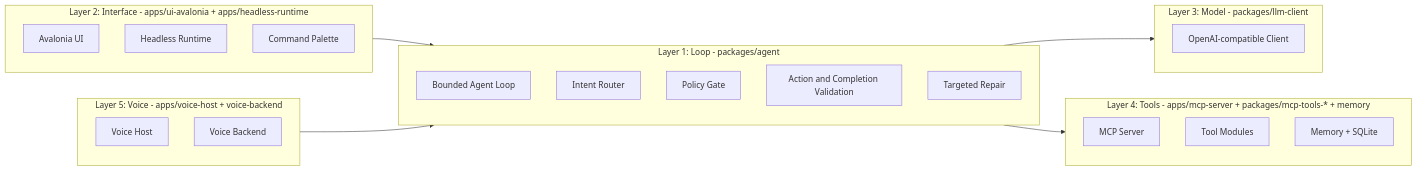
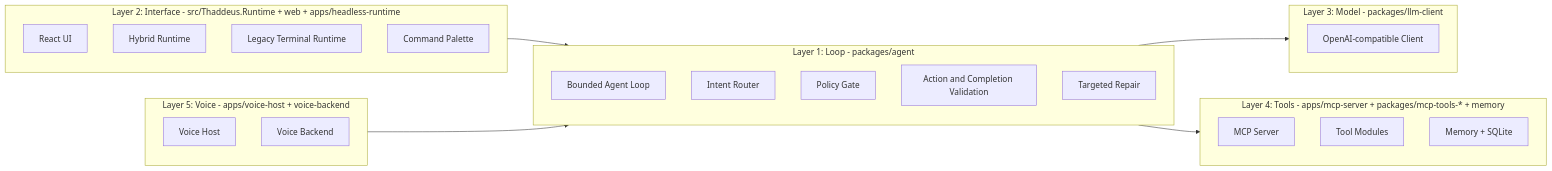
The diagram in docs/ARCHITECTURE.md (raydeStar/sir-thaddeus), drawn with Mermaid before and after one commit. The commit also changed 109 other files, not shown here.

````diff
--- a/docs/ARCHITECTURE.md
+++ b/docs/ARCHITECTURE.md
@@ -7,36 +7,37 @@
 ```mermaid
 flowchart LR
   subgraph loop [Layer 1: Loop - packages/agent]
     Loop[Bounded Agent Loop]
     Router[Intent Router]
     Gate[Policy Gate]
     Validate[Action and Completion Validation]
     Repair[Targeted Repair]
   end
 
-  subgraph frontend [Layer 2: Interface - apps/ui-avalonia + apps/headless-runtime]
-    Overlay[Avalonia UI]
-    Headless[Headless Runtime]
+  subgraph frontend [Layer 2: Interface - src/Thaddeus.Runtime + web + apps/headless-runtime]
+    Overlay[React UI]
+    Runtime[Hybrid Runtime]
+    Headless[Legacy Terminal Runtime]
     Palette[Command Palette]
   end
 
   subgraph model [Layer 3: Model - packages/llm-client]
     Llm[OpenAI-compatible Client]
   end
 
   subgraph tools [Layer 4: Tools - apps/mcp-server + packages/mcp-tools-* + memory]
     McpServer[MCP Server]
     McpTools[Tool Modules]
     MemoryStore[Memory + SQLite]
   end
 
   subgraph voice [Layer 5: Voice - apps/voice-host + voice-backend]
     VoiceHost[Voice Host]
     VoiceBackend[Voice Backend]
   end
 
   frontend --> loop
   loop --> model
   loop --> tools
   voice --> loop
 ```
````
